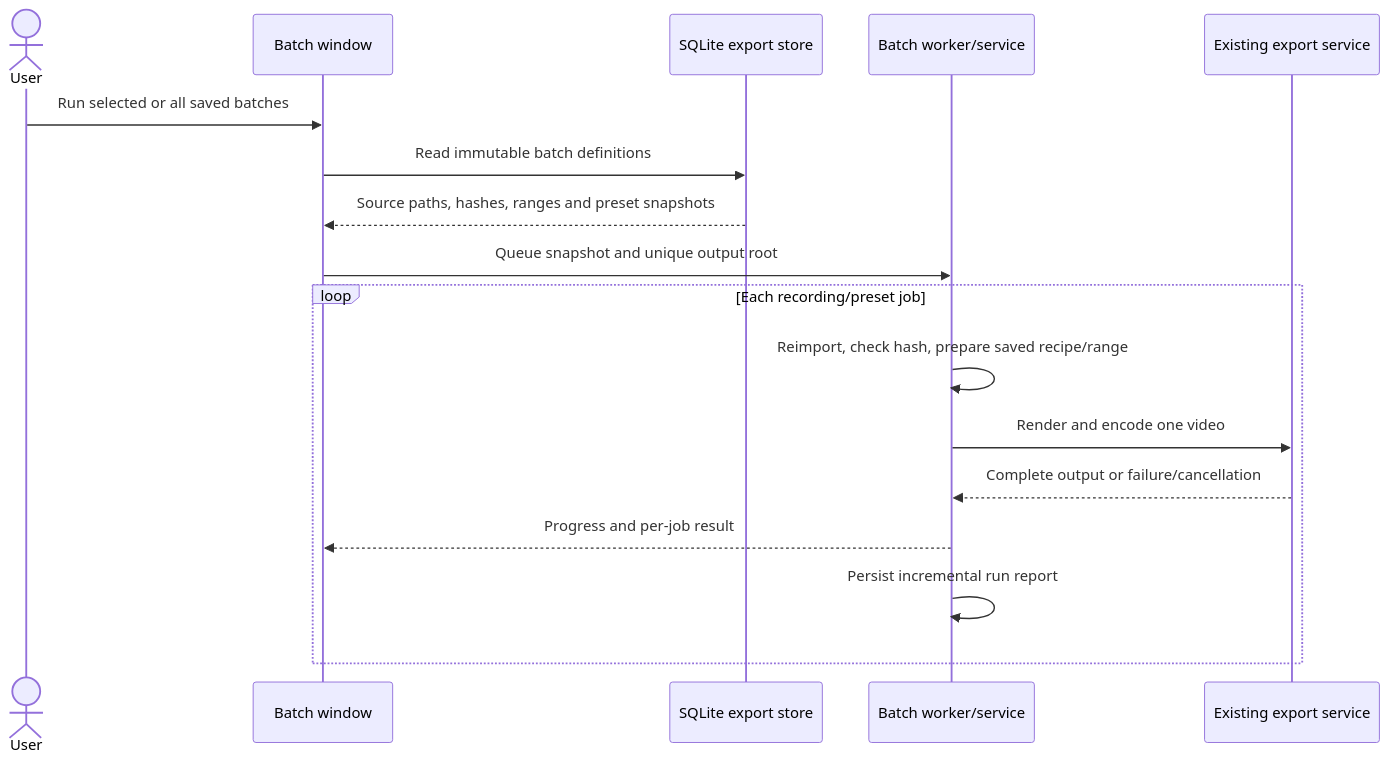
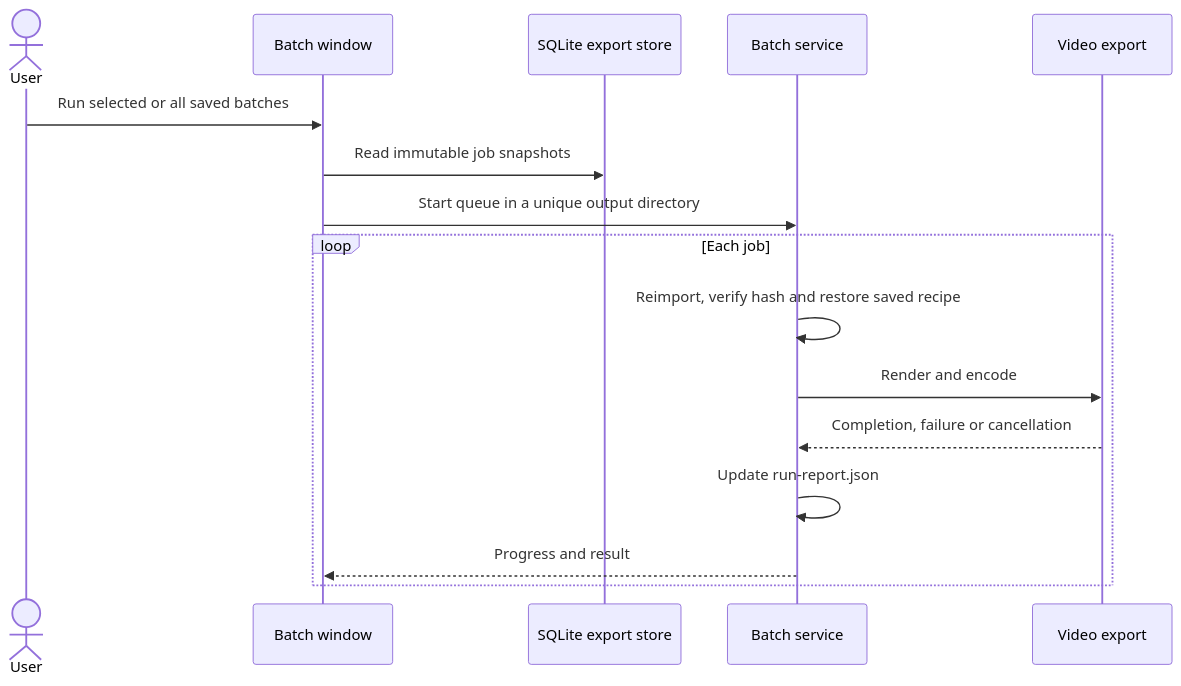
One commit to rudnerbjoern/ride-forces-analyzer changed the fourth of 4 diagrams in docs/architecture/06_runtime_view.md. Above: the diagram before and after it, drawn with Mermaid. The commit also changed other lines of this file and 39 other files, not shown here.

````diff
--- a/docs/architecture/06_runtime_view.md
+++ b/docs/architecture/06_runtime_view.md
@@ -378,19 +199,18 @@
 ```mermaid
 sequenceDiagram
     actor User
     participant UI as Batch window
     participant Store as SQLite export store
-    participant Queue as Batch worker/service
-    participant Encoder as Existing export service
+    participant Queue as Batch service
+    participant Encoder as Video export
     User->>UI: Run selected or all saved batches
-    UI->>Store: Read immutable batch definitions
-    Store-->>UI: Source paths, hashes, ranges and preset snapshots
-    UI->>Queue: Queue snapshot and unique output root
-    loop Each recording/preset job
-        Queue->>Queue: Reimport, check hash, prepare saved recipe/range
-        Queue->>Encoder: Render and encode one video
-        Encoder-->>Queue: Complete output or failure/cancellation
-        Queue-->>UI: Progress and per-job result
-        Queue->>Queue: Persist incremental run report
+    UI->>Store: Read immutable job snapshots
+    UI->>Queue: Start queue in a unique output directory
+    loop Each job
+        Queue->>Queue: Reimport, verify hash and restore saved recipe
+        Queue->>Encoder: Render and encode
+        Encoder-->>Queue: Completion, failure or cancellation
+        Queue->>Queue: Update run-report.json
+        Queue-->>UI: Progress and result
     end
 ```
````
